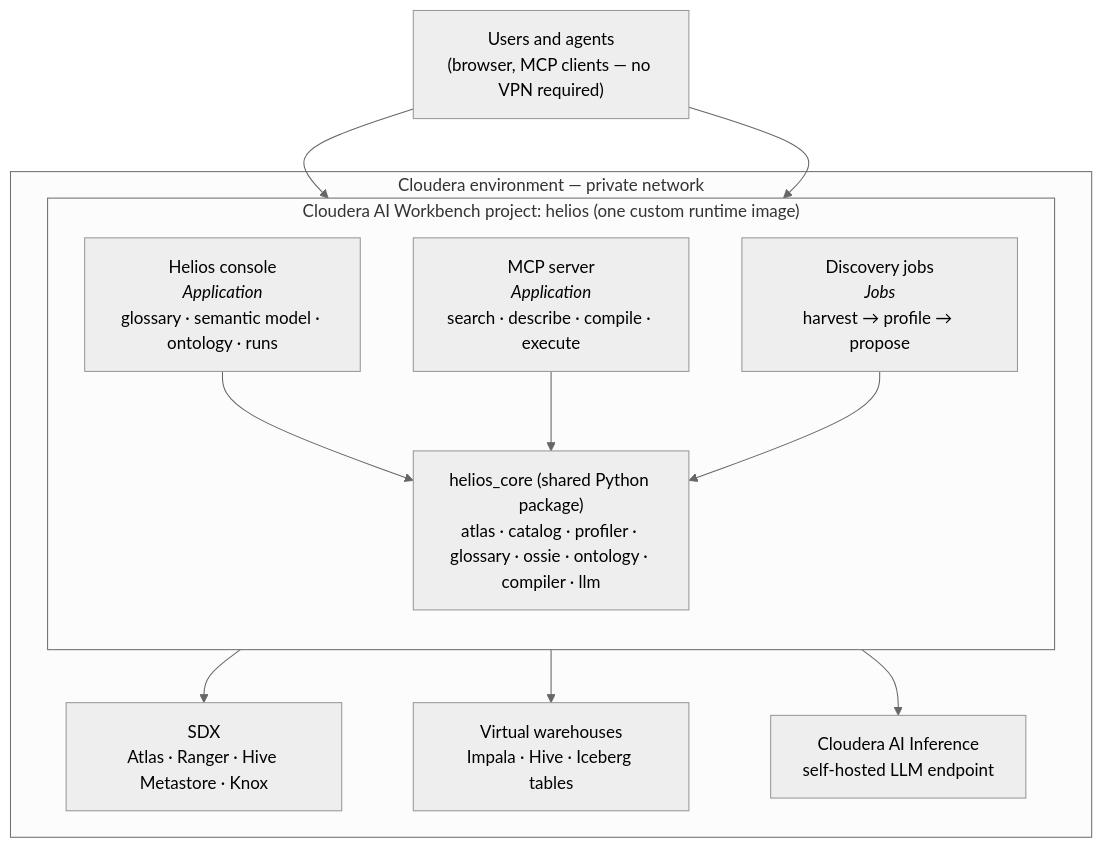
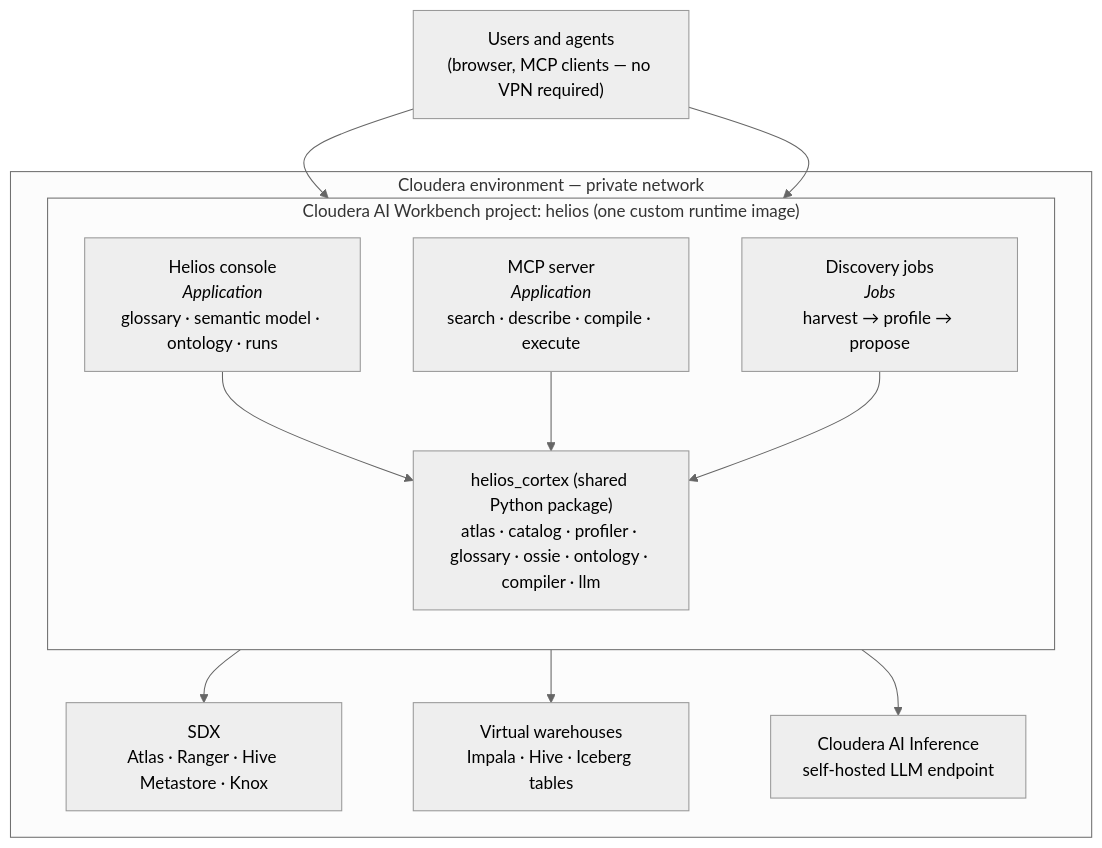
Before and after one commit to Christopheraburns/helios: the diagram in README.md, drawn with Mermaid (neutral theme). The commit also changed other lines of this file and 224 other files, not shown here.

````diff
--- a/README.md
+++ b/README.md
@@ -73,26 +73,26 @@
 ```mermaid
 flowchart TB
     U["Users and agents<br/>(browser, MCP clients — no VPN required)"]
 
     subgraph ENV["Cloudera environment — private network"]
         subgraph WB["Cloudera AI Workbench project: helios (one custom runtime image)"]
             direction TB
             C["Helios console<br/><i>Application</i><br/>glossary · semantic model · ontology · runs"]
             M["MCP server<br/><i>Application</i><br/>search · describe · compile · execute"]
             J["Discovery jobs<br/><i>Jobs</i><br/>harvest → profile → propose"]
-            CORE["helios_core (shared Python package)<br/>atlas · catalog · profiler · glossary · ossie · ontology · compiler · llm"]
+            CORE["helios_cortex (shared Python package)<br/>atlas · catalog · profiler · glossary · ossie · ontology · compiler · llm"]
             C --> CORE
             M --> CORE
             J --> CORE
         end
         SDX["SDX<br/>Atlas · Ranger · Hive Metastore · Knox"]
         VW["Virtual warehouses<br/>Impala · Hive · Iceberg tables"]
         INF["Cloudera AI Inference<br/>self-hosted LLM endpoint"]
         CORE --> SDX
         CORE --> VW
         CORE --> INF
     end
 
     U --> C
     U --> M
 ```
````
